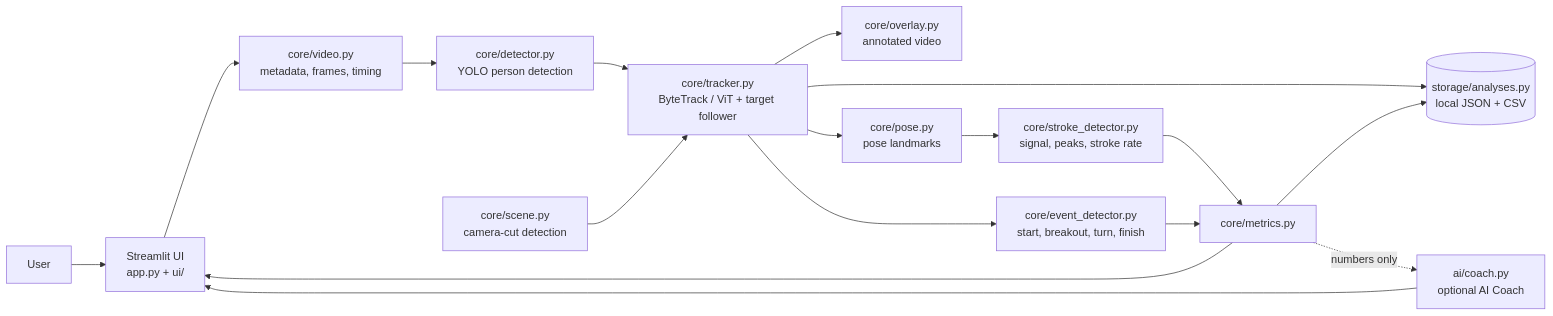
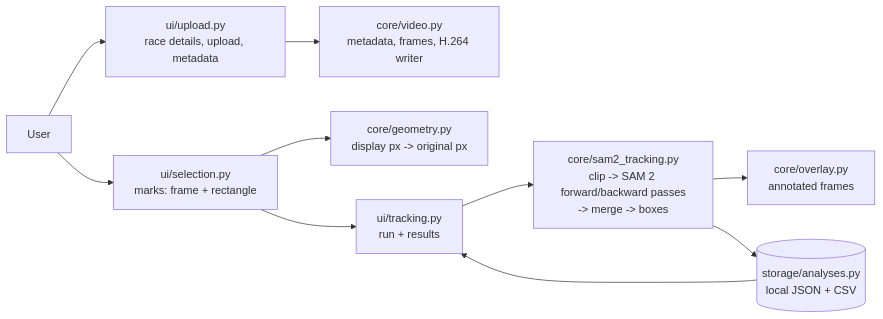
One commit to samyar2012/SWIMVISION changed the diagram in README.md. Above: the diagram before and after it, drawn with Mermaid. The commit also changed other lines of this file and 43 other files, not shown here.

````diff
--- a/README.md
+++ b/README.md
@@ -54,19 +45,12 @@
 ```mermaid
 flowchart LR
-    U[User] --> UI[Streamlit UI<br/>app.py + ui/]
-    UI --> V[core/video.py<br/>metadata, frames, timing]
-    V --> D[core/detector.py<br/>YOLO person detection]
-    D --> T[core/tracker.py<br/>ByteTrack / ViT + target follower]
-    SC[core/scene.py<br/>camera-cut detection] --> T
-    T --> O[core/overlay.py<br/>annotated video]
-    T --> P[core/pose.py<br/>pose landmarks]
-    P --> S[core/stroke_detector.py<br/>signal, peaks, stroke rate]
-    T --> E[core/event_detector.py<br/>start, breakout, turn, finish]
-    S --> M[core/metrics.py]
-    E --> M
-    T --> ST[(storage/analyses.py<br/>local JSON + CSV)]
-    M --> ST
-    M --> UI
-    M -. numbers only .-> AI[ai/coach.py<br/>optional AI Coach]
-    AI --> UI
+    U[User] --> UP[ui/upload.py<br/>race details, upload, metadata]
+    UP --> V[core/video.py<br/>metadata, frames, H.264 writer]
+    U --> SEL[ui/selection.py<br/>marks: frame + rectangle]
+    SEL --> G[core/geometry.py<br/>display px -> original px]
+    SEL --> TR[ui/tracking.py<br/>run + results]
+    TR --> SAM[core/sam2_tracking.py<br/>clip -> SAM 2 forward/backward passes<br/>-> merge -> boxes]
+    SAM --> O[core/overlay.py<br/>annotated frames]
+    SAM --> ST[(storage/analyses.py<br/>local JSON + CSV)]
+    ST --> TR
 ```
````
